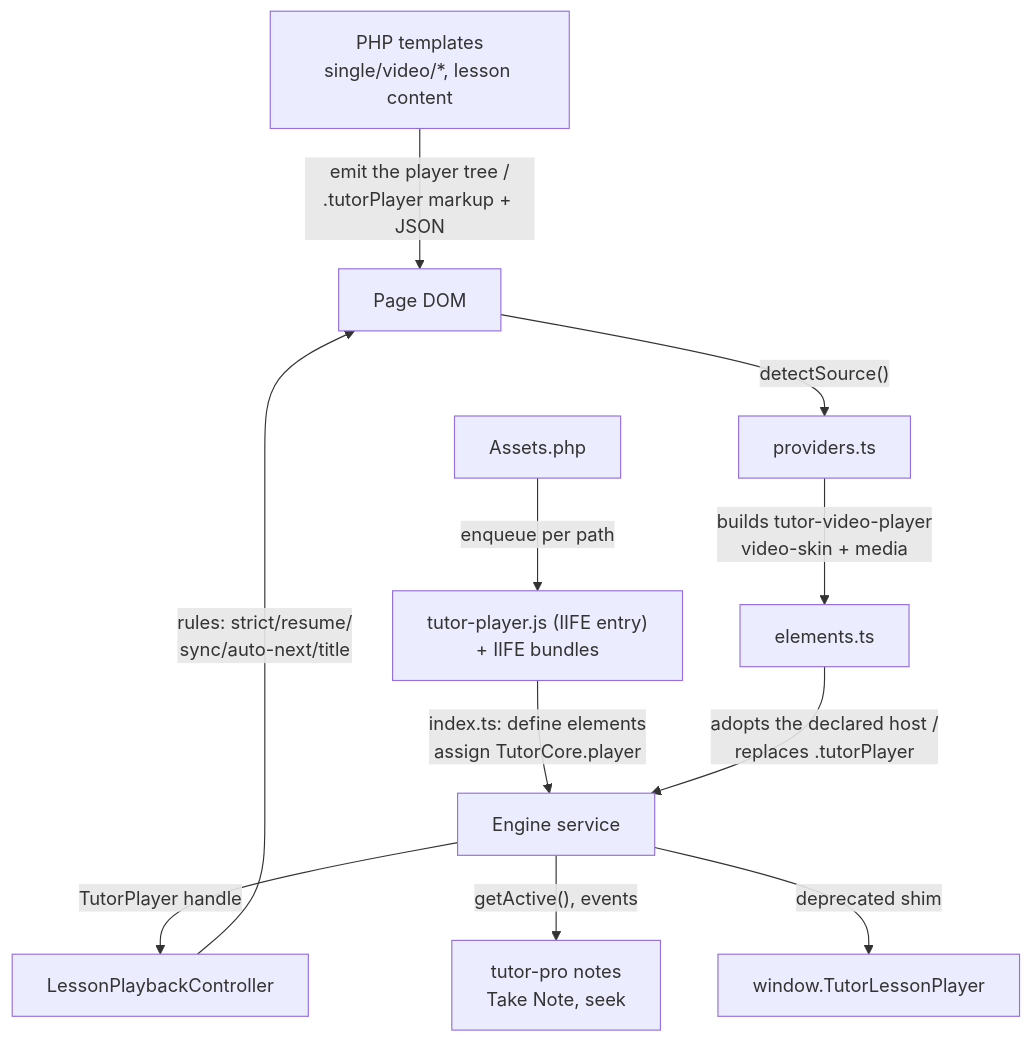
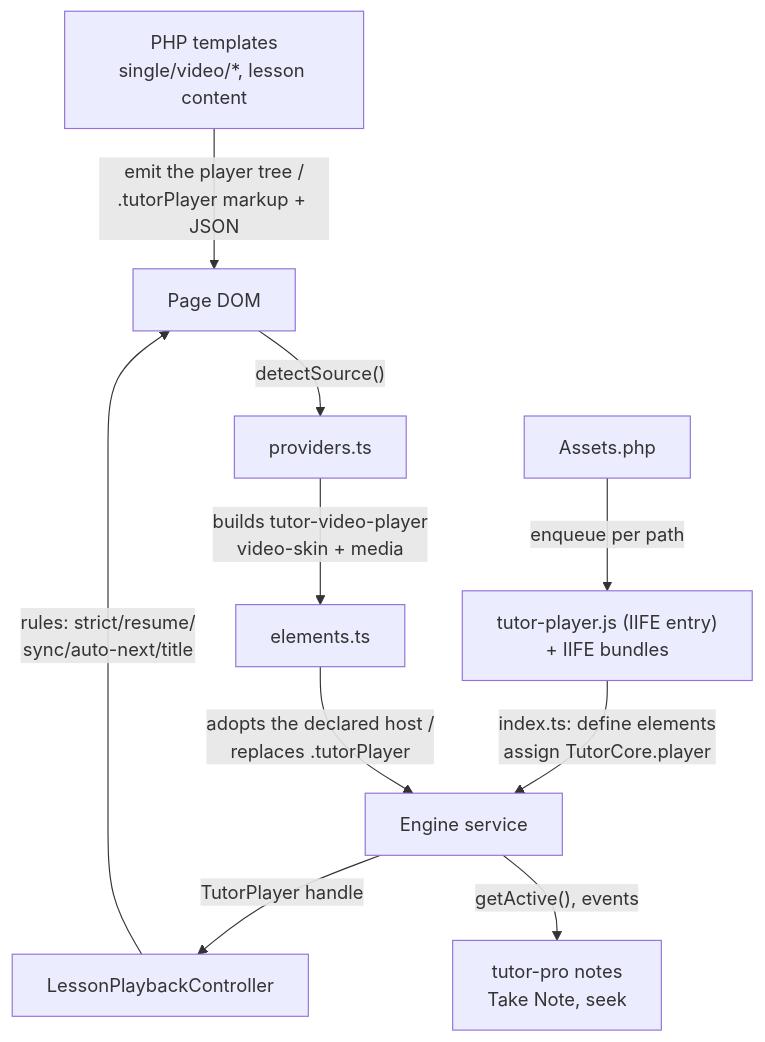
Before and after one commit to themeum/tutor: the first of 4 diagrams in docs/videojs-migration-report.md, drawn with Mermaid. The commit also changed other lines of this file and 16 other files, not shown here.

````diff
--- a/docs/videojs-migration-report.md
+++ b/docs/videojs-migration-report.md
@@ -99,13 +99,12 @@
 ```mermaid
 flowchart TD
     A["PHP templates<br/>single/video/*, lesson content"] -->|"emit the player tree /<br/>.tutorPlayer markup + JSON"| B["Page DOM"]
     C["Assets.php"] -->|"enqueue per path"| D["tutor-player.js (IIFE entry)<br/>+ IIFE bundles"]
     D -->|"index.ts: define elements<br/>assign TutorCore.player"| E["Engine service"]
     B -->|"detectSource()"| F["providers.ts"]
     F -->|"builds tutor-video-player<br/>video-skin + media"| G["elements.ts"]
     G -->|"adopts the declared host /<br/>replaces .tutorPlayer"| E
     E -->|"TutorPlayer handle"| H["LessonPlaybackController"]
     H -->|"rules: strict/resume/<br/>sync/auto-next/title"| B
     E -->|"getActive(), events"| I["tutor-pro notes<br/>Take Note, seek"]
-    E -->|"deprecated shim"| J["window.TutorLessonPlayer"]
 ```
````
